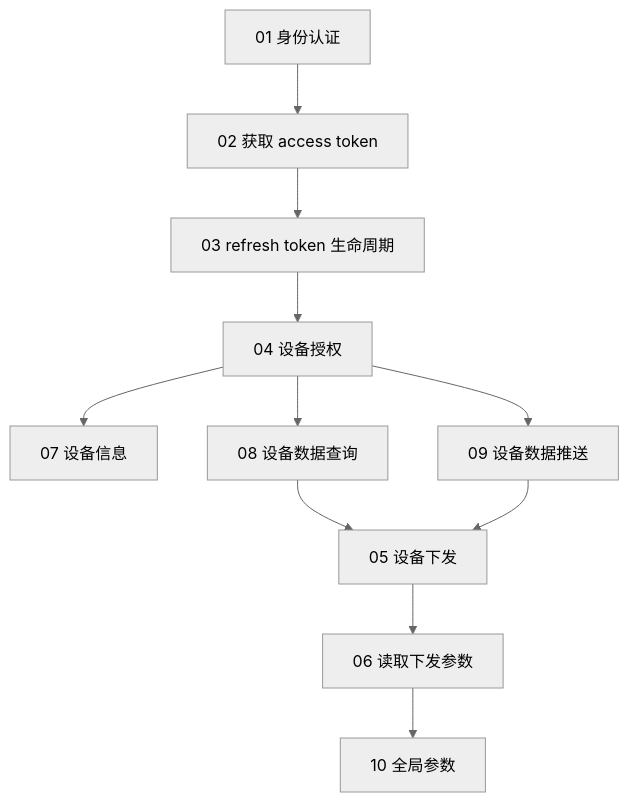
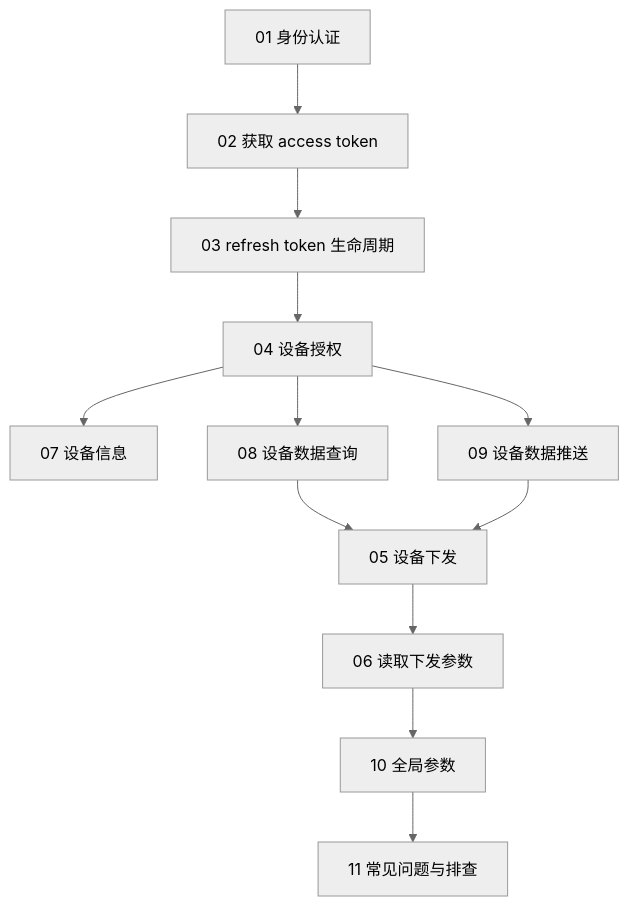
Before and after one commit to EugeneJian/growatt-unified-api: the first of 2 diagrams in Growatt API/OPENAPI.zh-CN/README.md, drawn with Mermaid (neutral theme). The commit also changed other lines of this file and 14 other files, not shown here.

````diff
--- a/Growatt API/OPENAPI.zh-CN/README.md
+++ b/Growatt API/OPENAPI.zh-CN/README.md
@@ -9,14 +9,15 @@
 ```mermaid
 %% 本代码严格遵循AI生成Mermaid代码的终极准则v4.1（Mermaid终极大师）
 flowchart TD
     A["01 身份认证"] --> B["02 获取 access token"]
     B --> C["03 refresh token 生命周期"]
     C --> D["04 设备授权"]
     D --> E["07 设备信息"]
     D --> F["08 设备数据查询"]
     D --> G["09 设备数据推送"]
     F --> H["05 设备下发"]
     H --> I["06 读取下发参数"]
     G --> H
     I --> J["10 全局参数"]
+    J --> K["11 常见问题与排查"]
 ```
````
